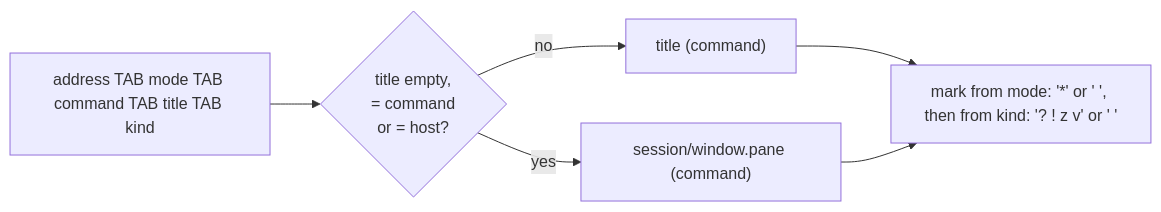
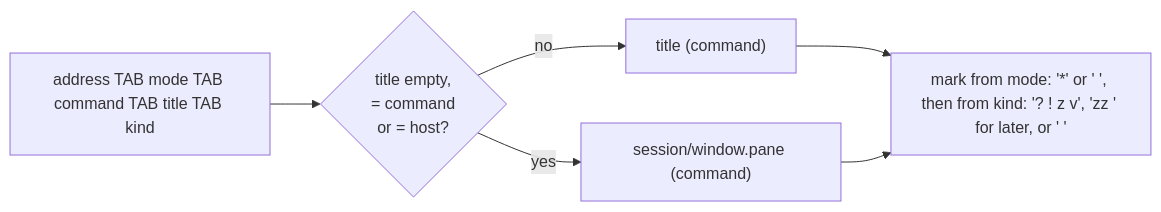
Before and after one commit to notmarkopadjen/muxway-midp: the first of 4 diagrams in docs/features/pane-view.md, drawn with Mermaid. The commit also changed other lines of this file and 7 other files, not shown here.

````diff
--- a/docs/features/pane-view.md
+++ b/docs/features/pane-view.md
@@ -45,8 +47,8 @@
 ```mermaid
 flowchart LR
     R["address TAB mode TAB command TAB title TAB kind"] --> T{title empty,<br/>= command<br/>or = host?}
     T -- no --> N["title (command)"]
     T -- yes --> A["session/window.pane (command)"]
-    N --> M["mark from mode: '*' or ' ', then from kind: '? ! z v' or ' '"]
+    N --> M["mark from mode: '*' or ' ', then from kind: '? ! z v', 'zz ' for later, or ' '"]
     A --> M
 ```
````
